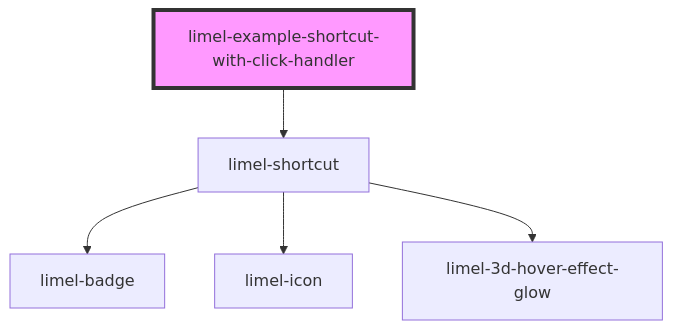
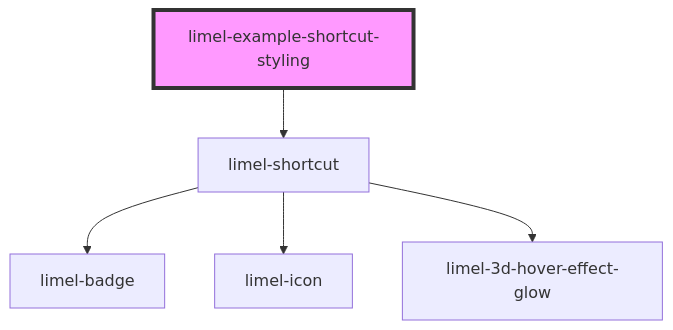
Before and after one commit to Lundalogik/lime-elements: the diagram in versions/PR-4043/markdown-docs/components/shortcut/examples/readme.md, drawn with Mermaid. The commit also changed other lines of this file and 3 other files, not shown here.

````diff
--- a/versions/PR-4043/markdown-docs/components/shortcut/examples/readme.md
+++ b/versions/PR-4043/markdown-docs/components/shortcut/examples/readme.md
@@ -16,8 +21,8 @@
 ```mermaid
 graph TD;
-  limel-example-shortcut-with-click-handler --> limel-shortcut
+  limel-example-shortcut-styling --> limel-shortcut
   limel-shortcut --> limel-badge
   limel-shortcut --> limel-icon
   limel-shortcut --> limel-3d-hover-effect-glow
-  style limel-example-shortcut-with-click-handler fill:#f9f,stroke:#333,stroke-width:4px
+  style limel-example-shortcut-styling fill:#f9f,stroke:#333,stroke-width:4px
 ```
````
